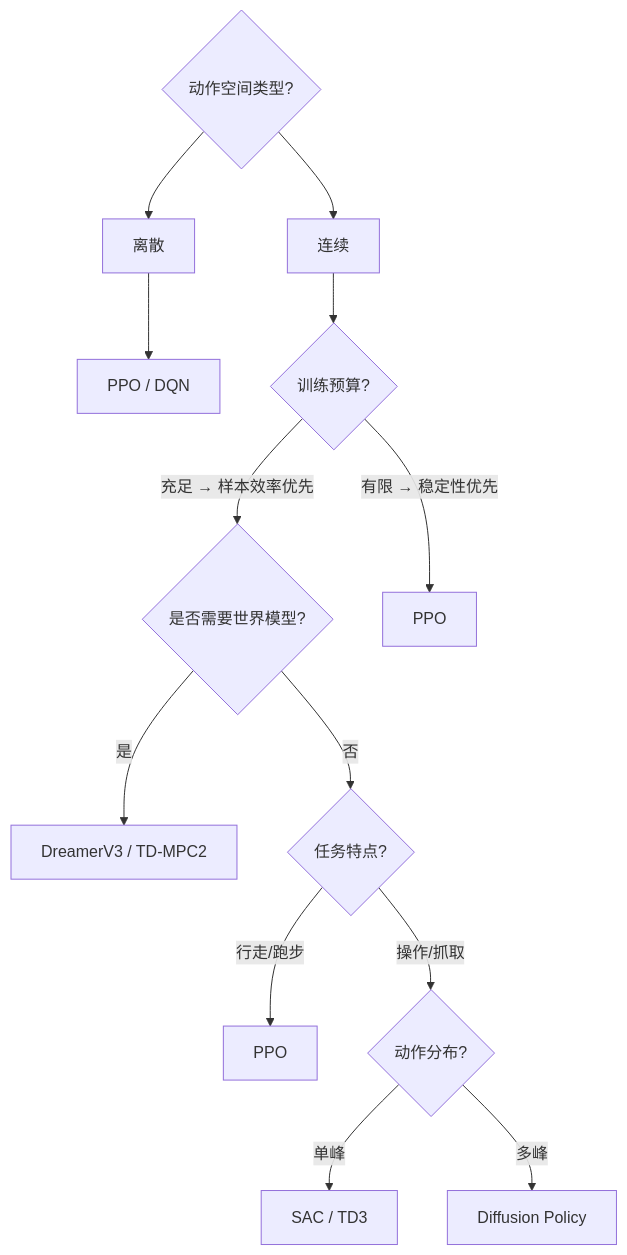
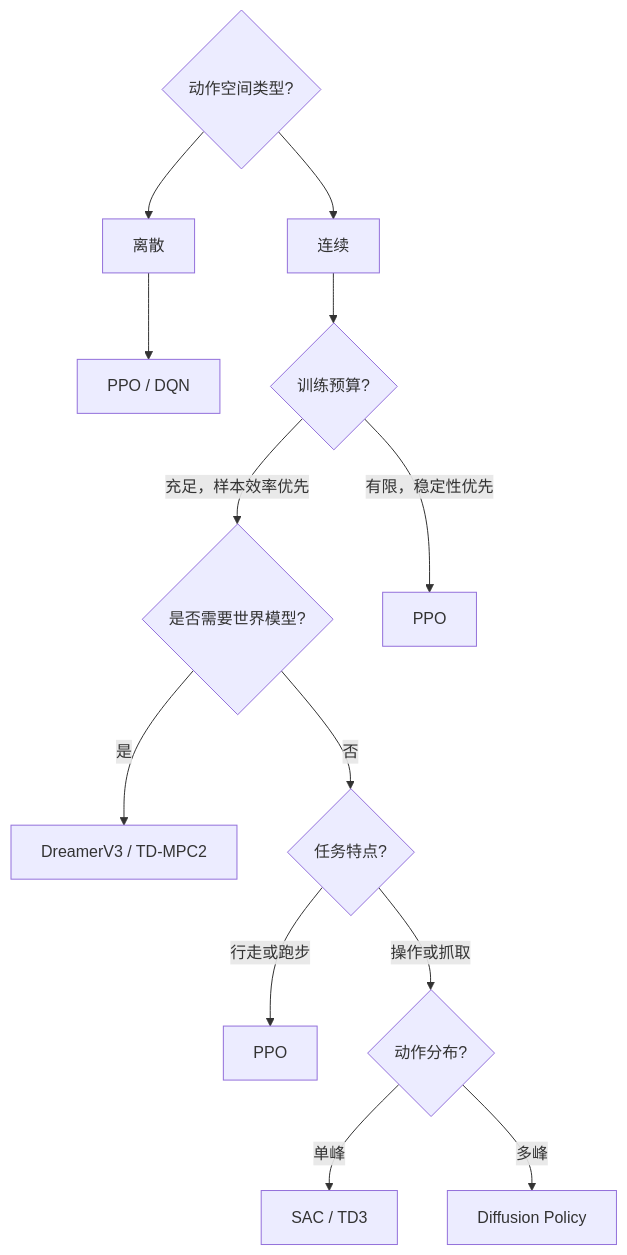
Diagram 12 of 12 in _posts/2026-04-25-Reinforcement-Learning-Embodied-Survey.md (TingdeLiu/tingdeliu.github.io), drawn with Mermaid before and after one commit. The commit also changed other lines of this file, not shown here.

Commit message:
Refine diagrams and terminology in Reinforcement Learning Embodied Survey for clarity and consistency

````diff
--- a/_posts/2026-04-25-Reinforcement-Learning-Embodied-Survey.md
+++ b/_posts/2026-04-25-Reinforcement-Learning-Embodied-Survey.md
@@ -682,15 +681,15 @@
 ```mermaid
 graph TD
-    A{动作空间类型?} --> B[离散]
-    A --> C[连续]
+    A{"动作空间类型?"} --> B["离散"]
+    A --> C["连续"]
     B --> D["PPO / DQN"]
-    C --> E{训练预算?}
-    E -->|充足 → 样本效率优先| F{是否需要世界模型?}
-    E -->|有限 → 稳定性优先| G["PPO"]
+    C --> E{"训练预算?"}
+    E -->|充足，样本效率优先| F{"是否需要世界模型?"}
+    E -->|有限，稳定性优先| G["PPO"]
     F -->|是| H["DreamerV3 / TD-MPC2"]
-    F -->|否| I{任务特点?}
-    I -->|行走/跑步| J["PPO"]
-    I -->|操作/抓取| K{动作分布?}
+    F -->|否| I{"任务特点?"}
+    I -->|行走或跑步| J["PPO"]
+    I -->|操作或抓取| K{"动作分布?"}
     K -->|单峰| L["SAC / TD3"]
     K -->|多峰| M["Diffusion Policy"]
 ```
````
